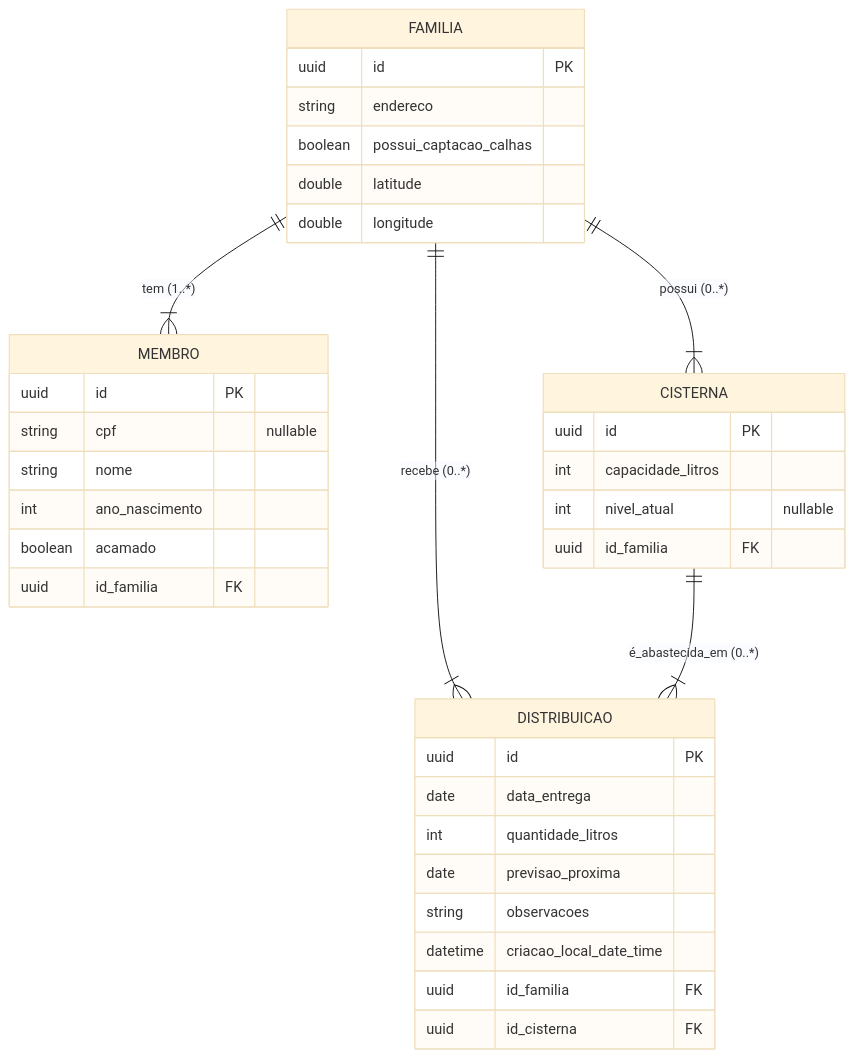
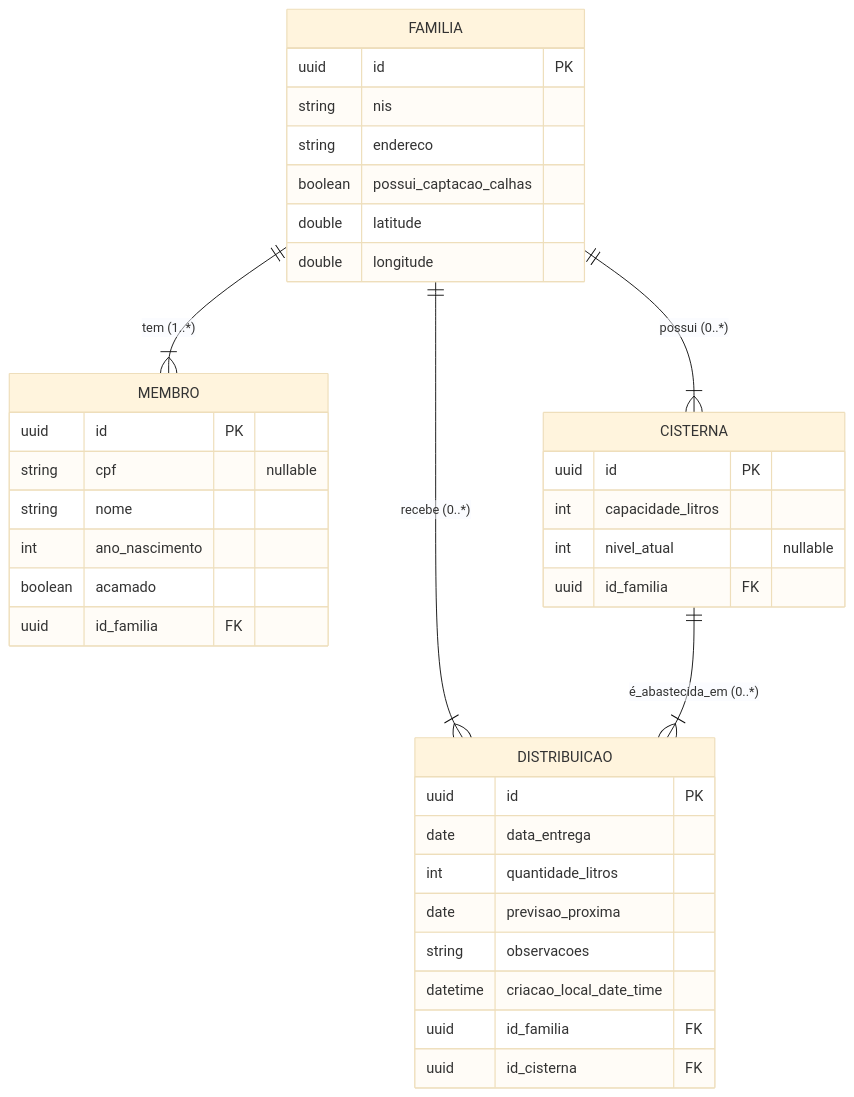
One commit to ricardoo-azevedo/Projeto-Back-End-Mais-Agua-Para-Nosso-Povo changed the diagram in README.md. Above: the diagram before and after it, drawn with Mermaid (base theme).

Commit message:
feat: adicionando atributo em modelagem de familia

````diff
--- a/README.md
+++ b/README.md
@@ -34,42 +34,43 @@
 ```mermaid
 erDiagram
     FAMILIA {
         uuid id PK
+        string nis
         string endereco
         boolean possui_captacao_calhas
         double latitude
         double longitude
     }
 
     MEMBRO {
         uuid id PK
         string cpf "nullable"
         string nome
         int ano_nascimento
         boolean acamado
         uuid id_familia FK
     }
 
     CISTERNA {
         uuid id PK
         int capacidade_litros
         int nivel_atual "nullable"
         uuid id_familia FK
     }
 
     DISTRIBUICAO {
         uuid id PK
         date data_entrega
         int quantidade_litros
         date previsao_proxima
         string observacoes
         datetime criacao_local_date_time
         uuid id_familia FK
         uuid id_cisterna FK
     }
 
     FAMILIA ||--|{ MEMBRO : "tem (1..*)"
     FAMILIA ||--|{ CISTERNA : "possui (0..*)"
     FAMILIA ||--|{ DISTRIBUICAO : "recebe (0..*)"
     CISTERNA ||--|{ DISTRIBUICAO : "é_abastecida_em (0..*)"
 ```
````
